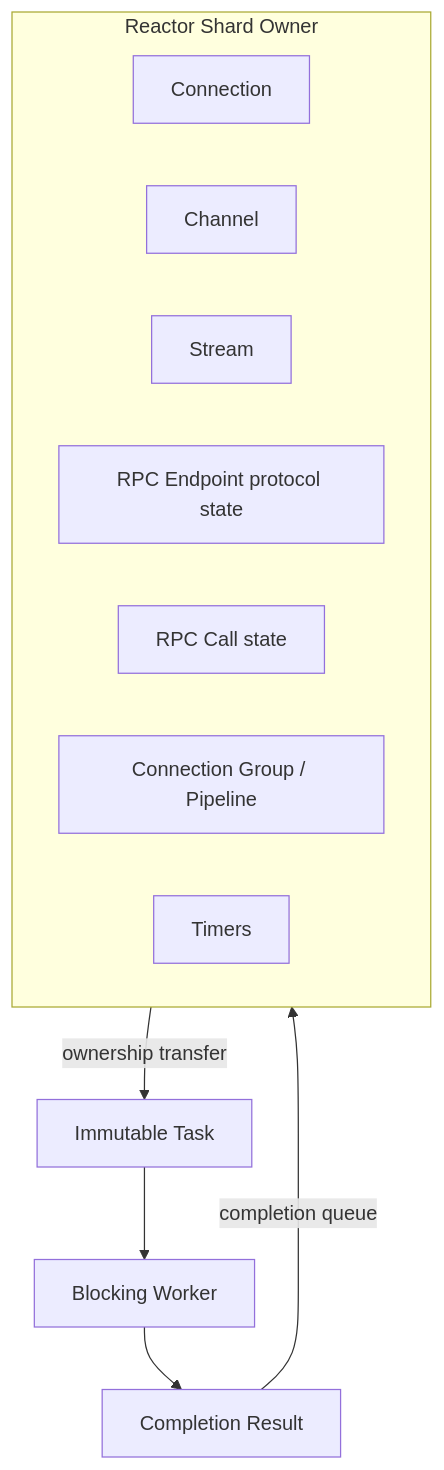
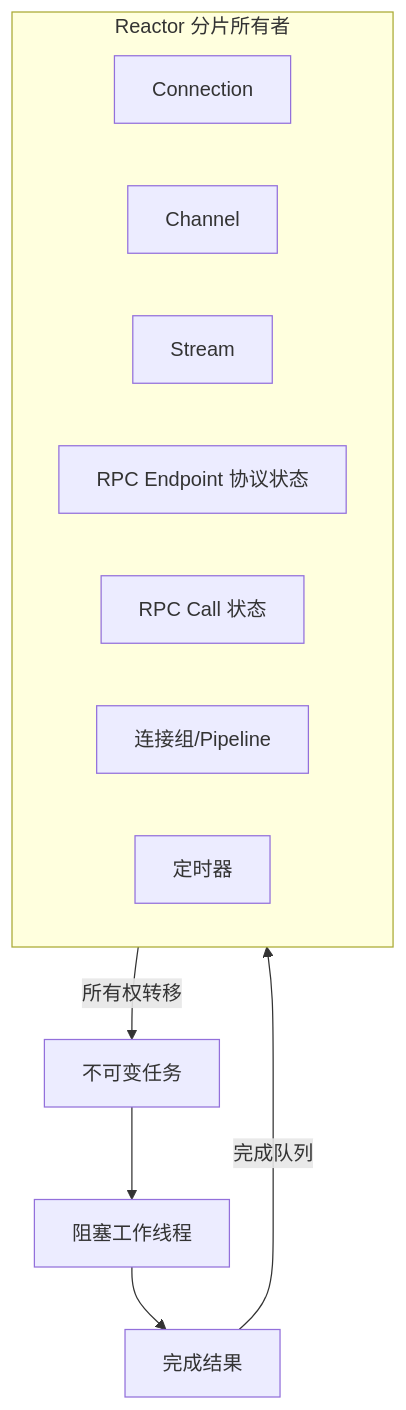
Before and after one commit to MyBlackHole/c-trpc: the diagram in docs/architecture/02-ownership.md, drawn with Mermaid. The commit also changed other lines of this file, not shown here.

````diff
--- a/docs/architecture/02-ownership.md
+++ b/docs/architecture/02-ownership.md
@@ -7,21 +7,21 @@
 ```mermaid
 flowchart TB
-    subgraph R["Reactor Shard Owner"]
+    subgraph R["Reactor 分片所有者"]
         C["Connection"]
         CH["Channel"]
         S["Stream"]
-        EP["RPC Endpoint protocol state"]
-        CALL["RPC Call state"]
-        P["Connection Group / Pipeline"]
-        T["Timers"]
+        EP["RPC Endpoint 协议状态"]
+        CALL["RPC Call 状态"]
+        P["连接组/Pipeline"]
+        T["定时器"]
     end
 
-    TASK["Immutable Task"]
-    W["Blocking Worker"]
-    RES["Completion Result"]
+    TASK["不可变任务"]
+    W["阻塞工作线程"]
+    RES["完成结果"]
 
-    R -->|"ownership transfer"| TASK
+    R -->|"所有权转移"| TASK
     TASK --> W
     W --> RES
-    RES -->|"completion queue"| R
+    RES -->|"完成队列"| R
 ```
````
